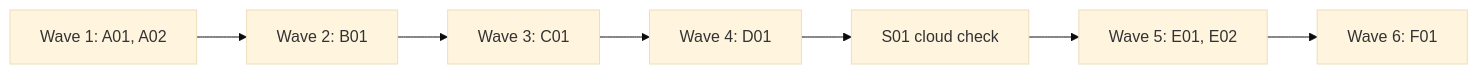
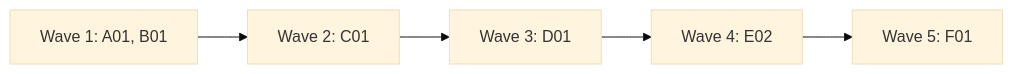
Before and after one commit to alfhen/agent-pr-pipeline: the diagram in docs/plan-0.3.0.md, drawn with Mermaid (base theme). The commit also changed other lines of this file, not shown here.

Commit message:
Plan 0.3.0: run the routine locally first; one land format; gate check in merge-pr.sh with renames, pages and a per-repo list; file lock; wave records and recovery; trusted state records

````diff
--- a/docs/plan-0.3.0.md
+++ b/docs/plan-0.3.0.md
@@ -47,4 +48,4 @@
 ```mermaid
 flowchart LR
-  W1[Wave 1: A01, A02] --> W2[Wave 2: B01] --> W3[Wave 3: C01] --> W4[Wave 4: D01] --> S[S01 cloud check] --> W5[Wave 5: E01, E02] --> W6[Wave 6: F01]
+  W1[Wave 1: A01, B01] --> W2[Wave 2: C01] --> W3[Wave 3: D01] --> W4[Wave 4: E02] --> W5[Wave 5: F01]
 ```
````
